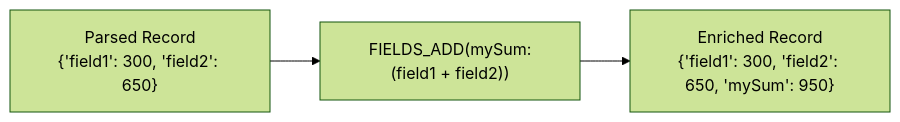
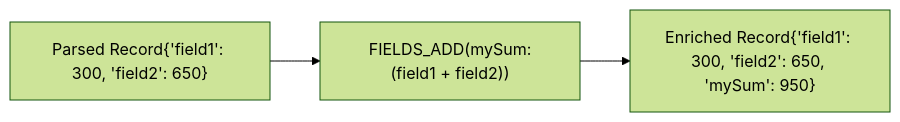
One commit to Marc-Nueno-Montolio/EC_onsite changed the third of 18 diagrams in app/courses/01-log-monitoring/sections/05-create-log-processing-rules/content.md. Above: the diagram before and after it, drawn with Mermaid (forest theme). The commit also changed other lines of this file and 7 other files, not shown here.

````diff
--- a/app/courses/01-log-monitoring/sections/05-create-log-processing-rules/content.md
+++ b/app/courses/01-log-monitoring/sections/05-create-log-processing-rules/content.md
@@ -59,6 +63,6 @@
-	```mermaid
+```mermaid
 	graph LR
-	    A["Parsed Record<br>{'field1': 300, 'field2': 650}"] -->
-	    B["FIELDS_ADD(mySum:(field1 + field2))"] -->
-	    C["Enriched Record<br>{'field1': 300, 'field2': 650, 'mySum': 950}"]
-	```
+	A["Parsed Record{'field1': 300, 'field2': 650}"] -->
+	B["FIELDS_ADD(mySum:(field1 + field2))"] -->
+	C["Enriched Record{'field1': 300, 'field2': 650, 'mySum': 950}"]
+```
````
